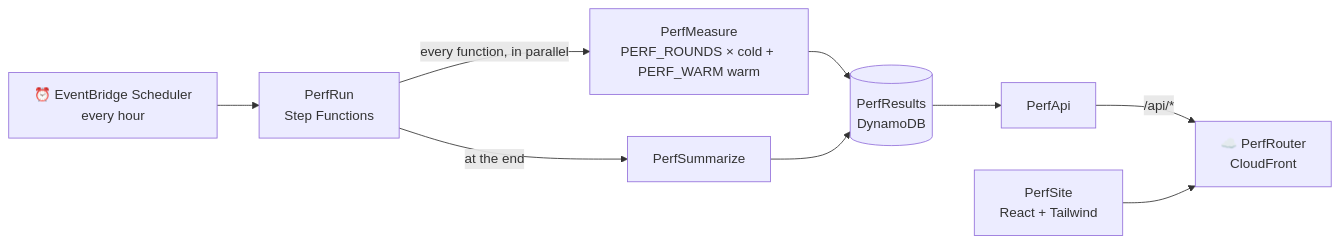
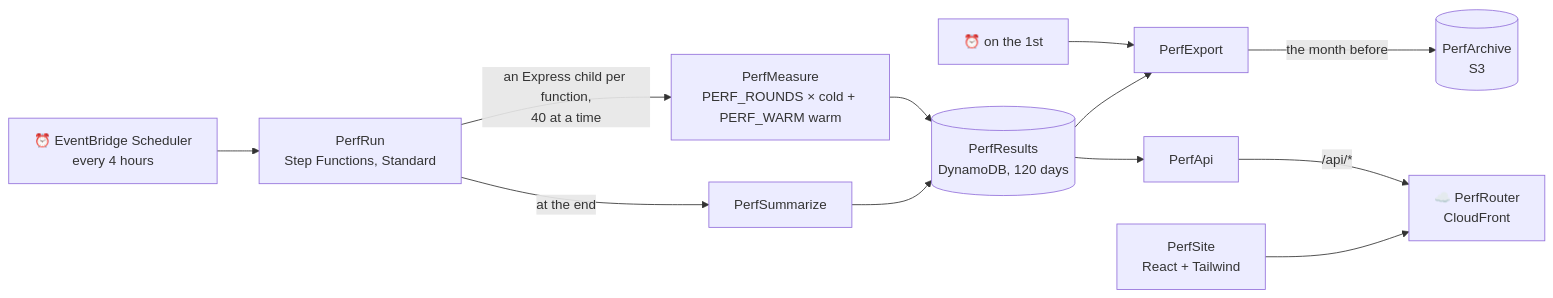
Before and after one commit to NimmLor/lambda-coldstarts: the diagram in README.md, drawn with Mermaid. The commit also changed other lines of this file and 19 other files, not shown here.

````diff
--- a/README.md
+++ b/README.md
@@ -150,10 +151,12 @@
 ```mermaid
 flowchart LR
-  S[⏰ EventBridge Scheduler<br>every hour] --> R[PerfRun<br>Step Functions]
-  R -- every function, in parallel --> M[PerfMeasure<br>PERF_ROUNDS × cold + PERF_WARM warm]
-  M --> D[(PerfResults<br>DynamoDB)]
+  S[⏰ EventBridge Scheduler<br>every 4 hours] --> R[PerfRun<br>Step Functions, Standard]
+  R -- an Express child per function,<br>40 at a time --> M[PerfMeasure<br>PERF_ROUNDS × cold + PERF_WARM warm]
+  M --> D[(PerfResults<br>DynamoDB, 120 days)]
   R -- at the end --> Z[PerfSummarize] --> D
+  E[⏰ on the 1st] --> X[PerfExport] -- the month before --> B[(PerfArchive<br>S3)]
+  D --> X
   D --> A[PerfApi]
   A -- /api/* --> C[☁️ PerfRouter<br>CloudFront]
   W[PerfSite<br>React + Tailwind] --> C
 ```
````
